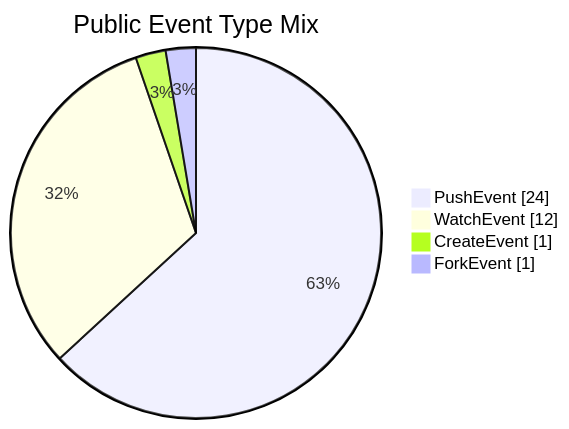
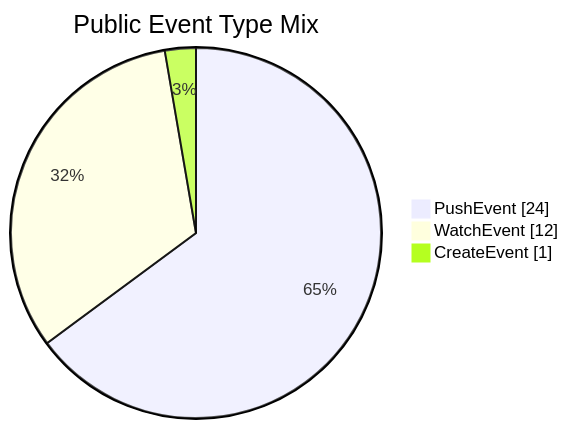
Before and after one commit to manhquydev/manhquydev: the second of 2 diagrams in README.md, drawn with Mermaid. The commit also changed other lines of this file and 4 other files, not shown here.

````diff
--- a/README.md
+++ b/README.md
@@ -138,8 +137,7 @@
 ```mermaid
 pie showData
   title Public Event Type Mix
   "PushEvent" : 24
   "WatchEvent" : 12
   "CreateEvent" : 1
-  "ForkEvent" : 1
 ```
````
